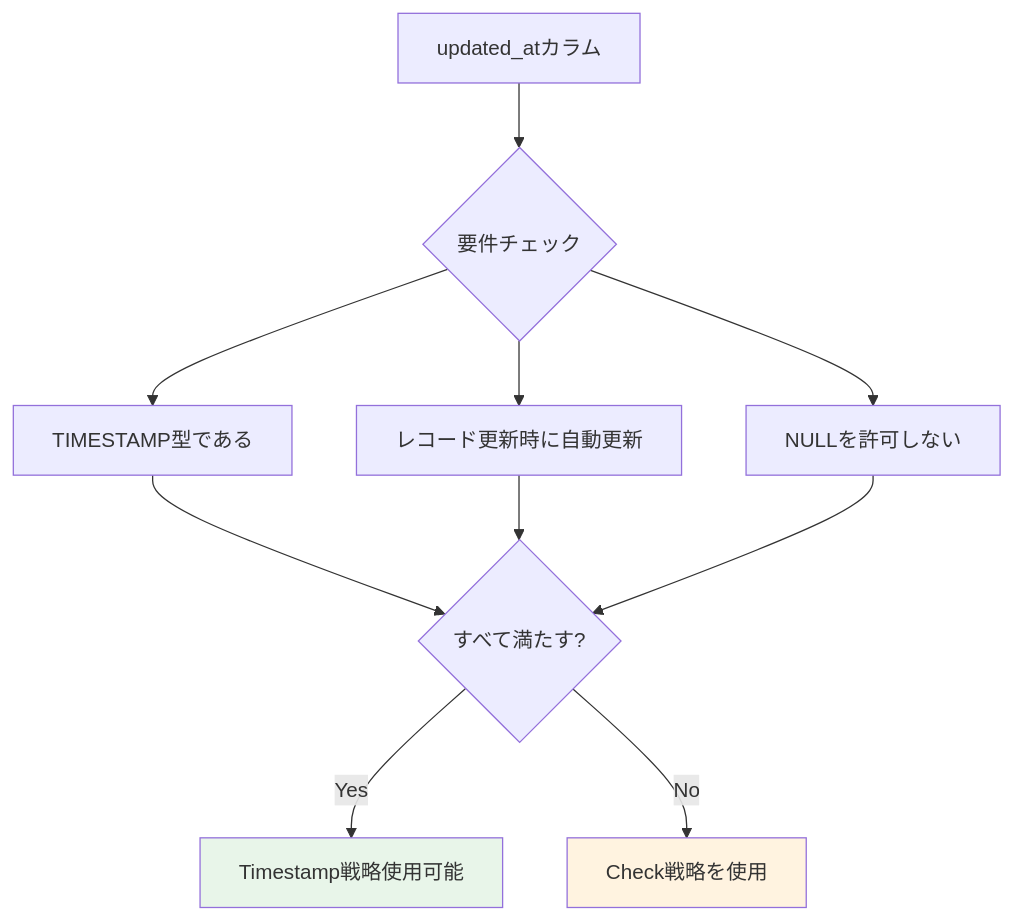
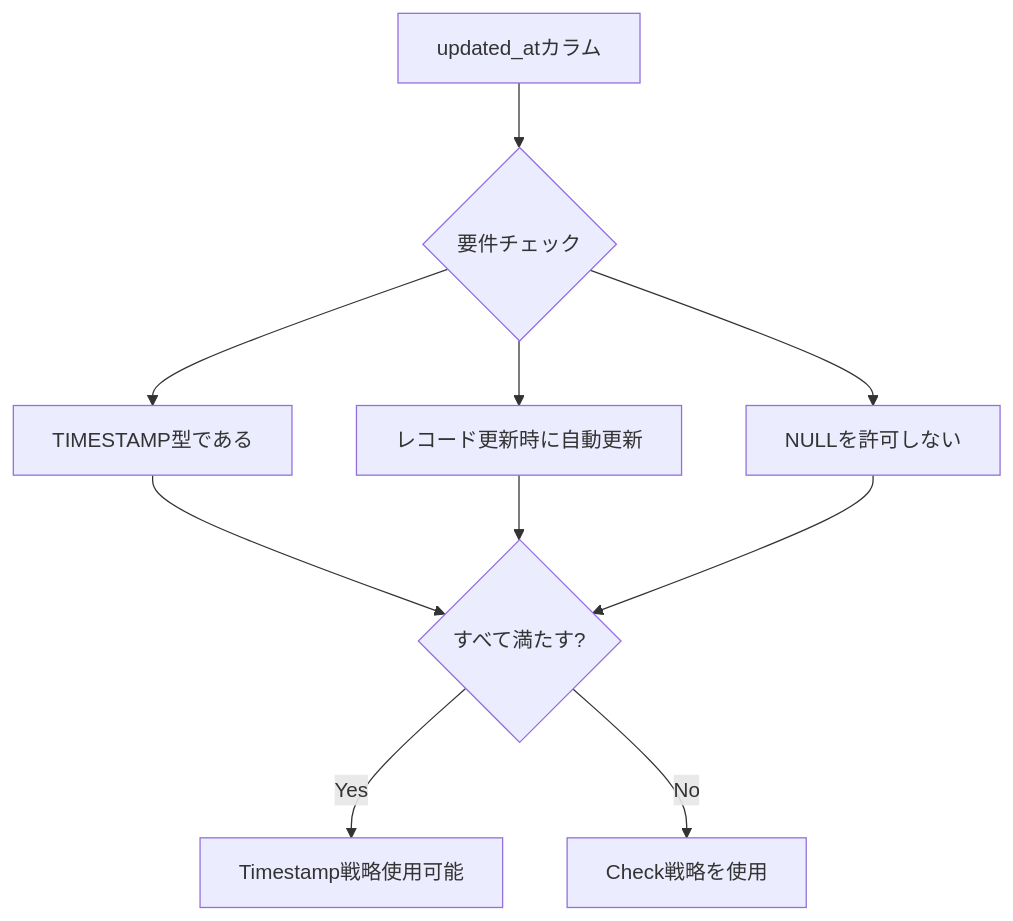
Before and after one commit to 1210yuichi0/1210yuichi0.github.io: the fifth of 14 diagrams in content/Tech/dbt/categories/snapshot-config.md, drawn with Mermaid. The commit also changed other lines of this file and 22 other files, not shown here.

First line of the commit message:
style: remove Mermaid style directives for dark mode compatibility

````diff
--- a/content/Tech/dbt/categories/snapshot-config.md
+++ b/content/Tech/dbt/categories/snapshot-config.md
@@ -475,18 +464,16 @@
 ```mermaid
 flowchart TD
     A[updated_atカラム] --> B{要件チェック}
 
     B --> C[TIMESTAMP型である]
     B --> D[レコード更新時に自動更新]
     B --> E[NULLを許可しない]
 
     C --> F{すべて満たす?}
     D --> F
     E --> F
 
     F -->|Yes| G[Timestamp戦略使用可能]
     F -->|No| H[Check戦略を使用]
 
-    style G fill:#e8f5e9
-    style H fill:#fff3e0
 ```
````
